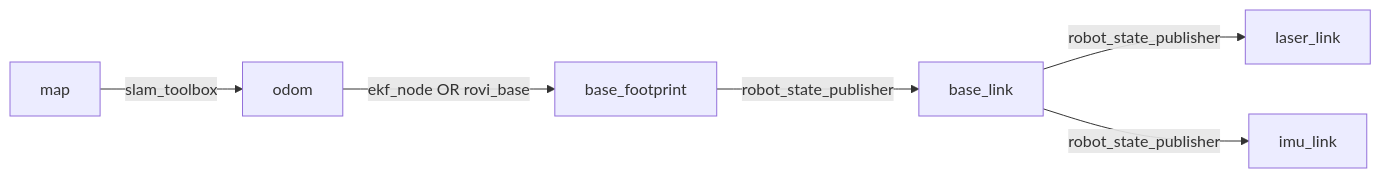
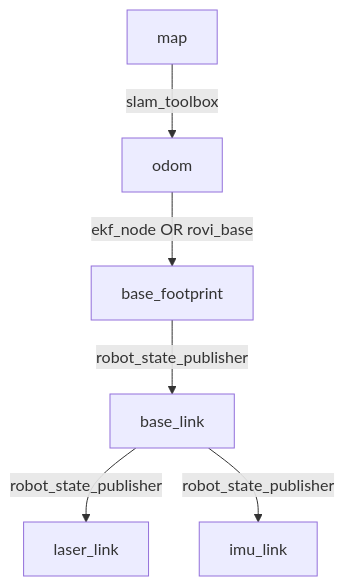
One commit to Roblibs/rovi_ros_ws changed the second of 6 diagrams in README.md. Above: the diagram before and after it, drawn with Mermaid. The commit also changed other lines of this file and 3 other files, not shown here.

````diff
--- a/README.md
+++ b/README.md
@@ -185,8 +196,8 @@
 ```mermaid
-flowchart LR
+flowchart TD
   MAP[map] -->|slam_toolbox| ODOM[odom]
   ODOM -->|ekf_node OR rovi_base| BASEF[base_footprint]
   BASEF -->|robot_state_publisher| BASEL[base_link]
   BASEL -->|robot_state_publisher| LASER[laser_link]
   BASEL -->|robot_state_publisher| IMU[imu_link]
 ```
````
